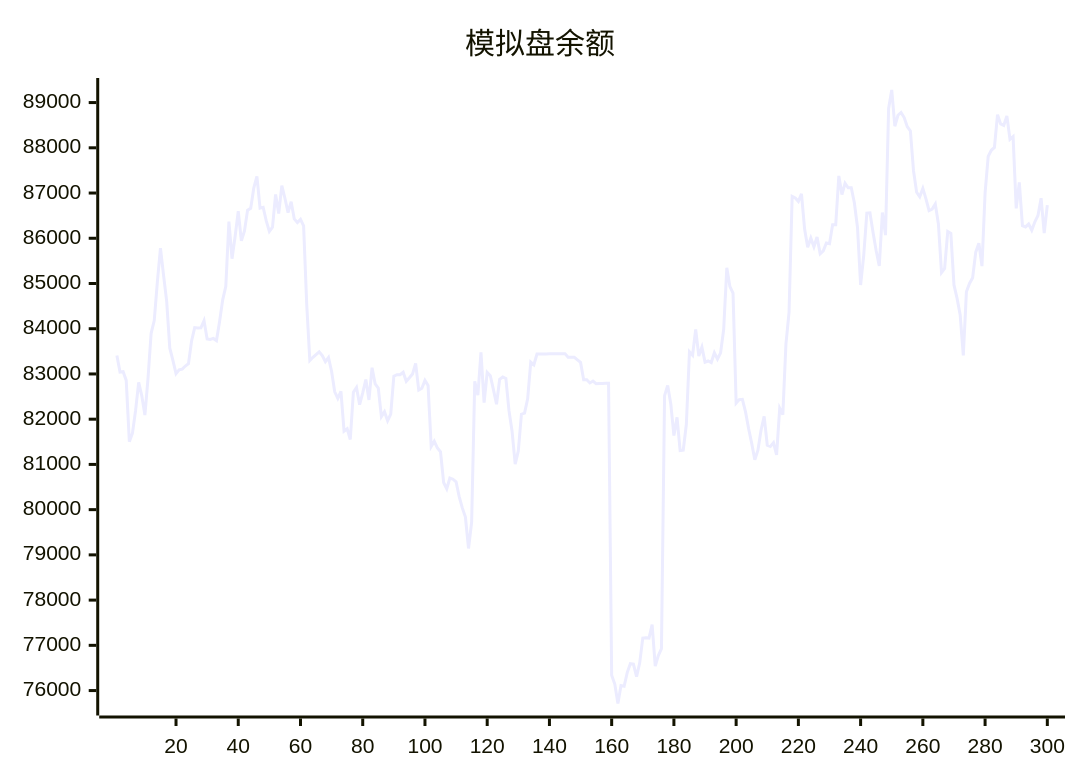
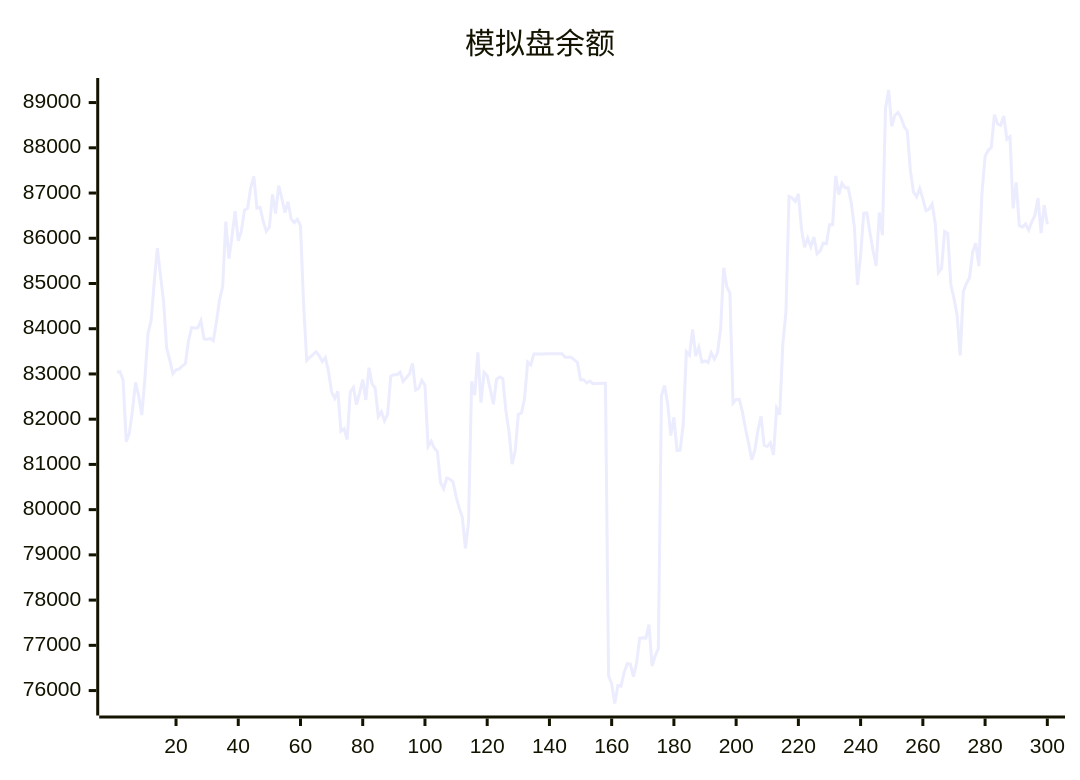
The diagram in README.md (aahl/ai-trading), drawn with Mermaid before and after one commit. The commit also changed other lines of this file and 1 other file, not shown here.

````diff
--- a/README.md
+++ b/README.md
@@ -5,5 +5,5 @@
 ```mermaid
 xychart
     title "模拟盘余额"
-    line [83408,83041,83050,82858,81503,81691,82188,82812,82517,82092,82901,83898,84180,85030,85781,85178,84604,83569,83298,83008,83093,83107,83175,83228,83729,84025,84017,84019,84177,83775,83762,83785,83738,84160,84639,84939,86370,85548,86046,86599,85942,86161,86622,86664,87115,87369,86666,86685,86384,86152,86243,86969,86548,87164,86885,86566,86809,86427,86348,86417,86273,84538,83299,83369,83430,83490,83404,83270,83362,83056,82605,82459,82614,81734,81788,81551,82598,82702,82320,82580,82878,82426,83139,82778,82686,82056,82166,81963,82110,82951,82983,82984,83038,82838,82915,82998,83235,82642,82682,82858,82746,81396,81512,81362,81277,80600,80461,80699,80673,80616,80288,80038,79836,79142,79722,82837,82533,83480,82366,83032,82960,82654,82330,82883,82934,82901,82188,81728,81005,81298,82110,82135,82449,83264,83203,83440,83439,83440,83440,83446,83447,83448,83447,83448,83449,83369,83369,83369,83313,83256,82872,82873,82801,82844,82785,82791,82791,82793,82794,76339,76145,75714,76110,76096,76397,76594,76585,76310,76607,77160,77170,77160,77456,76541,76774,76927,82520,82744,82337,81639,82040,81307,81314,81887,83490,83414,83984,83396,83594,83261,83287,83253,83470,83327,83465,83987,85348,84930,84786,82355,82433,82438,82167,81795,81466,81105,81315,81756,82064,81426,81398,81481,81210,82242,82099,83658,84359,86925,86892,86814,86980,86203,85802,86003,85811,86028,85657,85721,85896,85880,86300,86299,87378,86965,87214,87115,87118,86780,86238,84966,85623,86555,86562,86129,85722,85387,86569,86070,88870,89278,88477,88720,88781,88668,88467,88372,87493,87018,86917,87102,86870,86613,86644,86758,86317,85242,85334,86149,86106,84968,84671,84302,83410,84816,85001,85127,85693,85891,85384,87001,87811,87945,88007,88734,88528,88495,88705,88189,88248,86662,87234,86279,86251,86314,86177,86364,86503,86886,86114,86731]
+    line [83041,83050,82858,81503,81691,82188,82812,82517,82092,82901,83898,84180,85030,85781,85178,84604,83569,83298,83008,83093,83107,83175,83228,83729,84025,84017,84019,84177,83775,83762,83785,83738,84160,84639,84939,86370,85548,86046,86599,85942,86161,86622,86664,87115,87369,86666,86685,86384,86152,86243,86969,86548,87164,86885,86566,86809,86427,86348,86417,86273,84538,83299,83369,83430,83490,83404,83270,83362,83056,82605,82459,82614,81734,81788,81551,82598,82702,82320,82580,82878,82426,83139,82778,82686,82056,82166,81963,82110,82951,82983,82984,83038,82838,82915,82998,83235,82642,82682,82858,82746,81396,81512,81362,81277,80600,80461,80699,80673,80616,80288,80038,79836,79142,79722,82837,82533,83480,82366,83032,82960,82654,82330,82883,82934,82901,82188,81728,81005,81298,82110,82135,82449,83264,83203,83440,83439,83440,83440,83446,83447,83448,83447,83448,83449,83369,83369,83369,83313,83256,82872,82873,82801,82844,82785,82791,82791,82793,82794,76339,76145,75714,76110,76096,76397,76594,76585,76310,76607,77160,77170,77160,77456,76541,76774,76927,82520,82744,82337,81639,82040,81307,81314,81887,83490,83414,83984,83396,83594,83261,83287,83253,83470,83327,83465,83987,85348,84930,84786,82355,82433,82438,82167,81795,81466,81105,81315,81756,82064,81426,81398,81481,81210,82242,82099,83658,84359,86925,86892,86814,86980,86203,85802,86003,85811,86028,85657,85721,85896,85880,86300,86299,87378,86965,87214,87115,87118,86780,86238,84966,85623,86555,86562,86129,85722,85387,86569,86070,88870,89278,88477,88720,88781,88668,88467,88372,87493,87018,86917,87102,86870,86613,86644,86758,86317,85242,85334,86149,86106,84968,84671,84302,83410,84816,85001,85127,85693,85891,85384,87001,87811,87945,88007,88734,88528,88495,88705,88189,88248,86662,87234,86279,86251,86314,86177,86364,86503,86886,86114,86731,86310]
 ```
````
